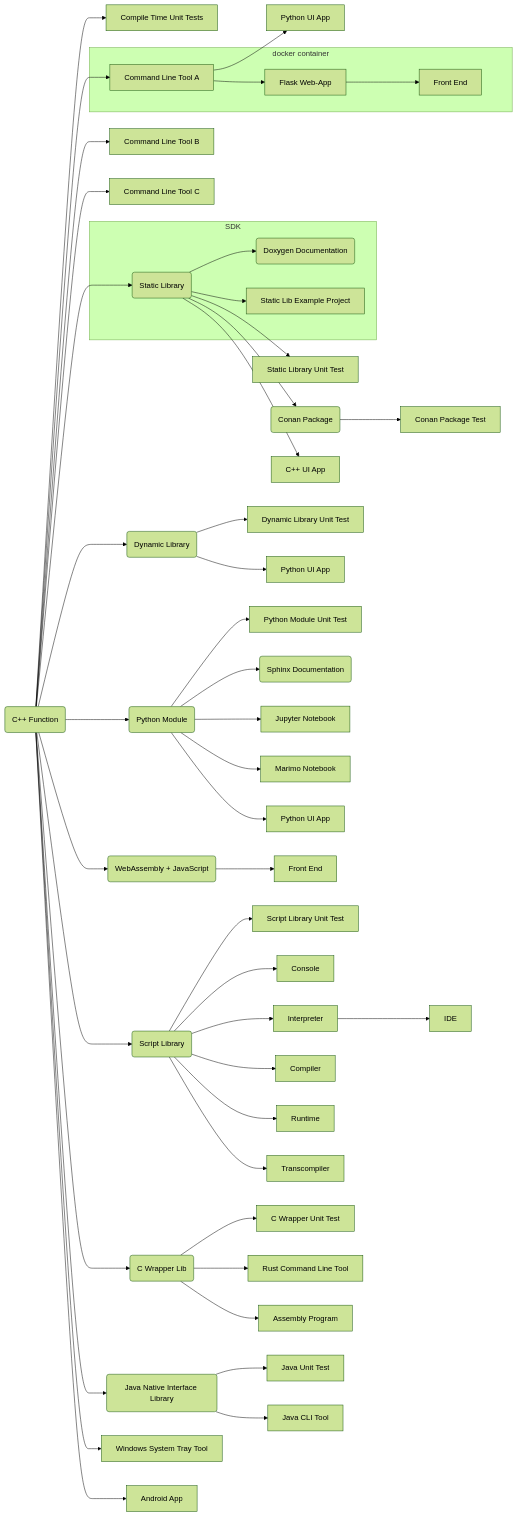
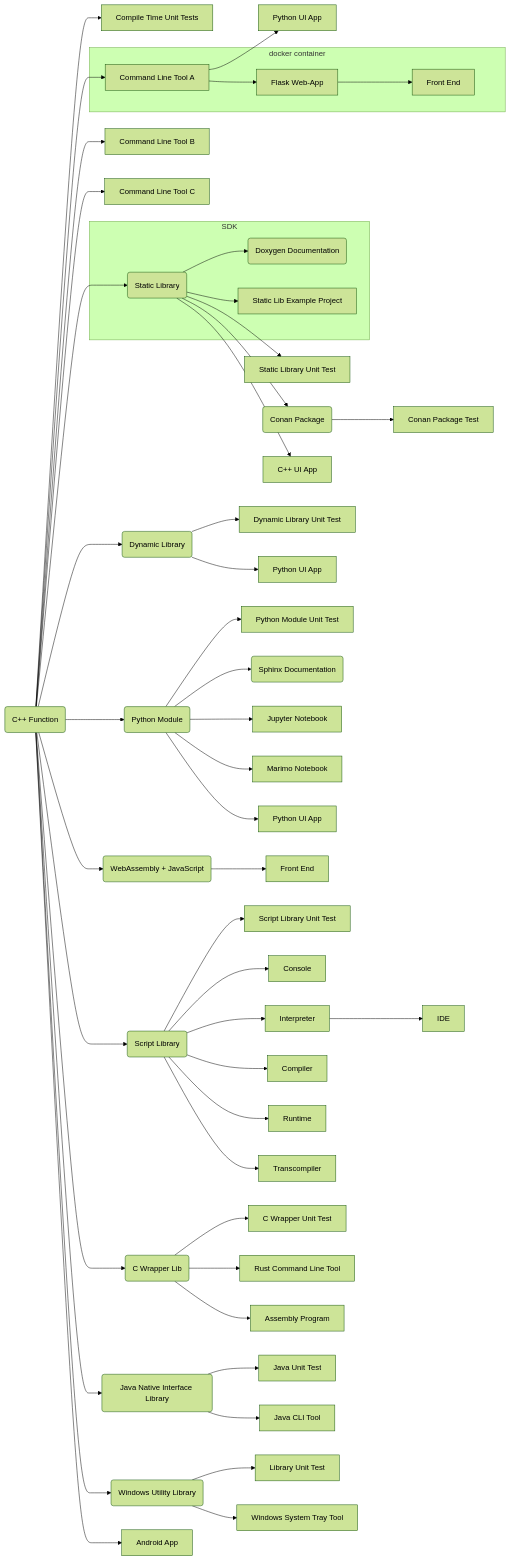
Before and after one commit to SebastianBach/full-stack: the diagram in README.md, drawn with Mermaid (forest theme). The commit also changed other lines of this file and 1 other file, not shown here.

Commit message:
more details on windows utility

````diff
--- a/README.md
+++ b/README.md
@@ -57,69 +59,71 @@
 ```mermaid
   flowchart LR;
 
     F(C++ Function) --> CUT[Compile Time Unit Tests];
 
     F --> CLI1[Command Line Tool A]
     F --> CLI2[Command Line Tool B]
     F --> CLI3[Command Line Tool C]
 
     CLI1 --> PYAPP2[Python UI App]
 
     F --> LIB(Static Library)
     
     subgraph SDK
     LIB --> DOXYGEN(Doxygen Documentation)
     LIB --> LIBEX[Static Lib Example Project]
     end
 
     LIB --> LIBTEST[Static Library Unit Test]
     LIB --> C(Conan Package)
 
     LIB --> QTCPP[C++ UI App]
 
     F --> DLL(Dynamic Library)
     DLL --> DLLTEST[Dynamic Library Unit Test]
     DLL --> QTPYDLL[Python UI App]
 
     C --> CT[Conan Package Test]
 
     F --> PY(Python Module)
 
     subgraph docker container
     CLI1 --> SERVER[Flask Web-App]
     SERVER --> FRONT[Front End]
     end
 
     PY --> PYTEST[Python Module Unit Test]
     PY --> SPHINX(Sphinx Documentation)
     PY --> NOTEBOOK[Jupyter Notebook] 
     PY --> MARIMO[Marimo Notebook]  
     PY --> PYAPP[Python UI App]
 
     F --> WASM(WebAssembly + JavaScript)
 
     WASM --> WASMF[Front End]
 
     F --> SCRIPTLIB(Script Library)
 
     SCRIPTLIB --> SCRIPT_TEST[Script Library Unit Test]
     SCRIPTLIB --> SCRIPT_CONSOLE[Console]
     SCRIPTLIB --> SCRIPT_INTERPRETER[Interpreter]
     SCRIPT_INTERPRETER --> SCRIPT_IDE[IDE]
     SCRIPTLIB --> SCRIPT_COMPILER[Compiler]
     SCRIPTLIB --> SCRIPT_RUNTIME[Runtime]
     SCRIPTLIB --> SCRIPT_CONVERT[Transcompiler]
 
     F --> CWRAPPER(C Wrapper Lib)
     CWRAPPER --> CWRAPPER_TEST[C Wrapper Unit Test]
     CWRAPPER --> RUST_APP[Rust Command Line Tool]  
     CWRAPPER --> ASM[Assembly Program] 
 
     F --> JAVA_LIB(Java Native Interface Library)
     JAVA_LIB --> JAVA_UNIT_TEST[Java Unit Test]  
     JAVA_LIB --> JAVA_APP[Java CLI Tool] 
 
-    F --> WIN_TRAY[Windows System Tray Tool]
+    F --> WIN_LIB(Windows Utility Library)
+    WIN_LIB --> WIN_LIB_TEST[Library Unit Test]
+    WIN_LIB --> WIN_TRAY[Windows System Tray Tool]
 
     F --> ANDROID[Android App] 
 ```
````
